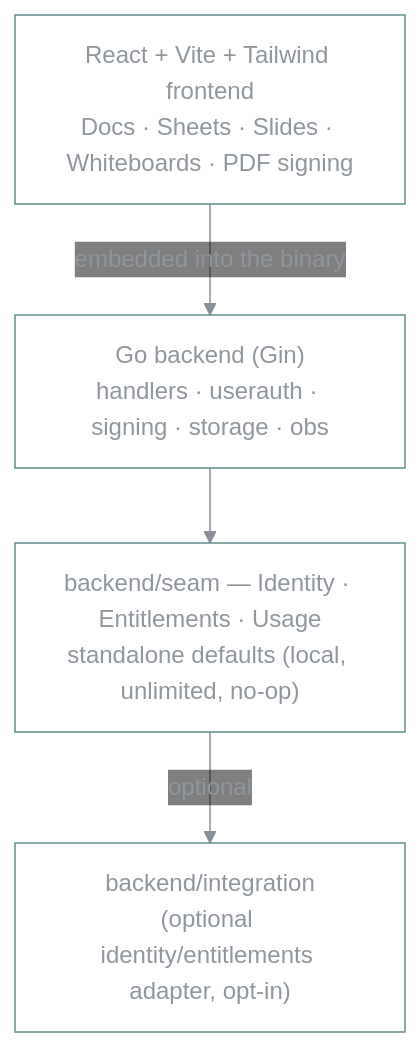
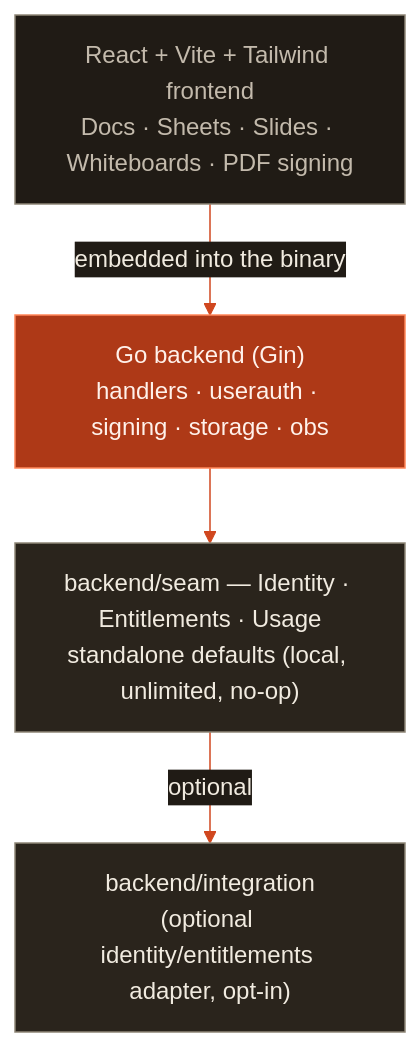
The second of 2 diagrams in README.md (vul-os/diwan), drawn with Mermaid before and after one commit. The commit also changed other lines of this file and 5 other files, not shown here.

````diff
--- a/README.md
+++ b/README.md
@@ -173,11 +179,17 @@
 ```mermaid
-%%{init: {'theme':'base','themeVariables':{'fontFamily':'ui-monospace, SFMono-Regular, Menlo, monospace','primaryColor':'transparent','primaryBorderColor':'#14b8a6','primaryTextColor':'#8f969e','lineColor':'#8a8f98','nodeBorder':'#5f8f8a','edgeLabelBackground':'transparent','clusterBorder':'#3f8f86','clusterBkg':'transparent'}}}%%
+%%{init: {'theme':'base','themeVariables':{'fontFamily':'ui-monospace, SFMono-Regular, Menlo, monospace','primaryColor':'#2A241C','primaryBorderColor':'#8E8677','primaryTextColor':'#F1EBE0','lineColor':'#D0471F','edgeLabelBackground':'#201B15','tertiaryTextColor':'#F1EBE0','clusterBorder':'#8E8677','clusterBkg':'transparent'}}}%%
 flowchart TD
+    classDef entry fill:#201B15,stroke:#8E8677,color:#C3BAAC
+    classDef subject fill:#AE3917,stroke:#FF8759,color:#FFF1EA
+    classDef downstream fill:#2A241C,stroke:#8E8677,color:#F1EBE0
     FE["React + Vite + Tailwind frontend<br/>Docs · Sheets · Slides · Whiteboards · PDF signing"]
     BE["Go backend (Gin)<br/>handlers · userauth · signing · storage · obs"]
     Seam["backend/seam — Identity · Entitlements · Usage<br/>standalone defaults (local, unlimited, no-op)"]
     Adapter["backend/integration<br/>(optional identity/entitlements adapter, opt-in)"]
     FE -->|"embedded into the binary"| BE
     BE --> Seam
     Seam -->|optional| Adapter
+    class FE entry
+    class BE subject
+    class Seam,Adapter downstream
 ```
````
